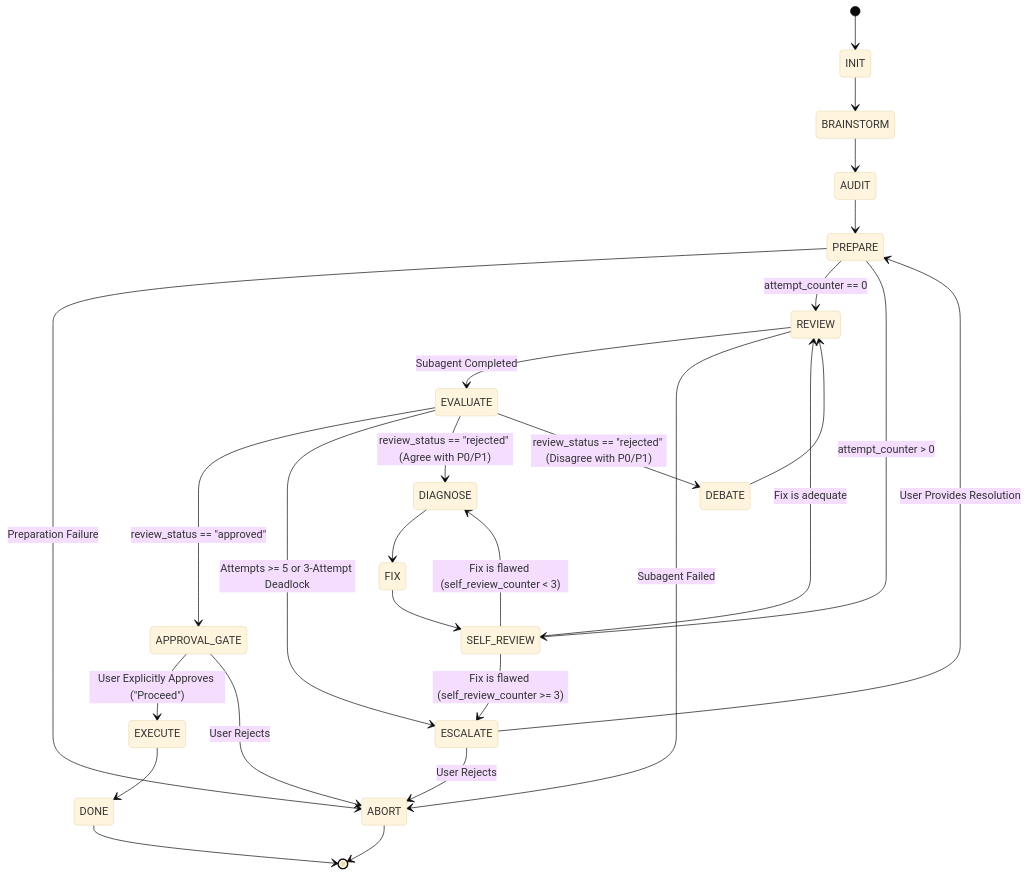
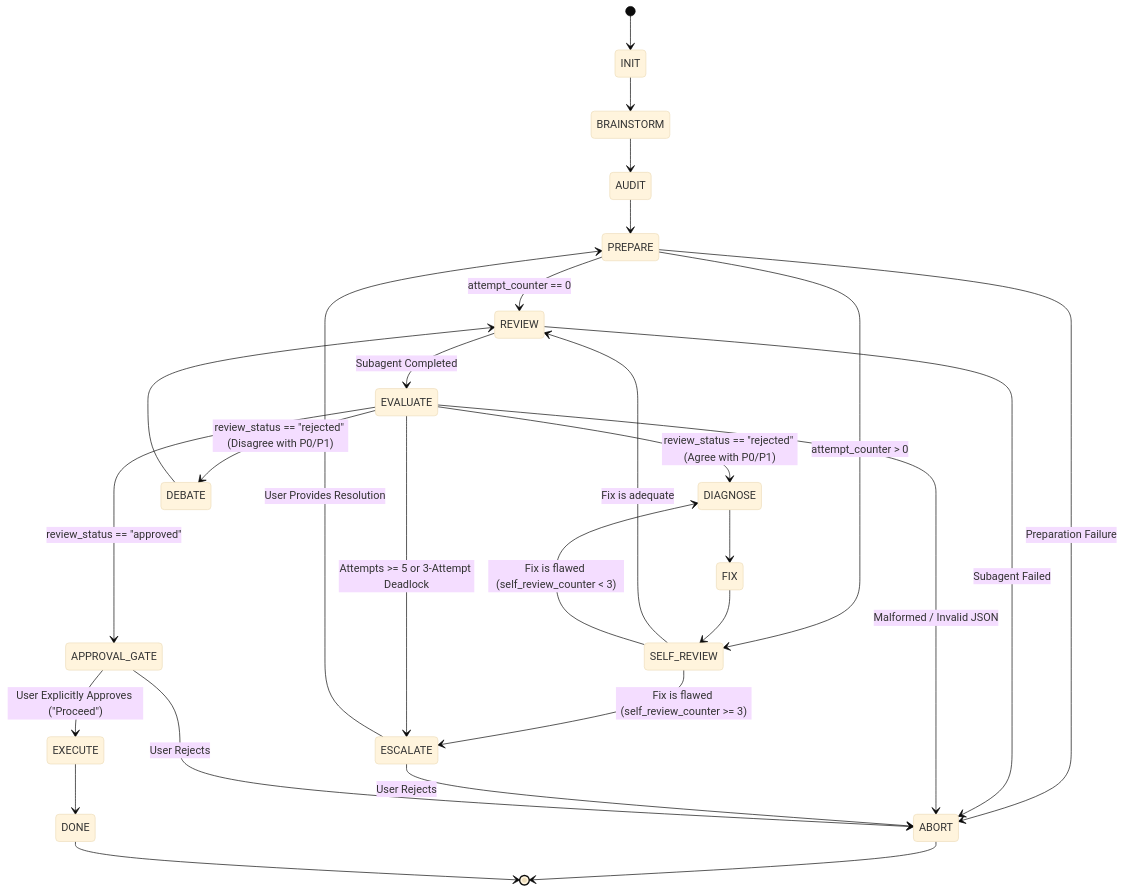
Before and after one commit to vinhthang/ai-review-plugin: the diagram in skills/plan-review/SKILL.md, drawn with Mermaid (base theme). The commit also changed other lines of this file and 5 other files, not shown here.

````diff
--- a/skills/plan-review/SKILL.md
+++ b/skills/plan-review/SKILL.md
@@ -7,29 +7,30 @@
 ```mermaid
 stateDiagram-v2
     [*] --> INIT
     INIT --> BRAINSTORM
     BRAINSTORM --> AUDIT
     AUDIT --> PREPARE
     PREPARE --> ABORT : Preparation Failure
     PREPARE --> REVIEW : attempt_counter == 0
     PREPARE --> SELF_REVIEW : attempt_counter > 0
     SELF_REVIEW --> REVIEW : Fix is adequate
     SELF_REVIEW --> DIAGNOSE : Fix is flawed (self_review_counter < 3)
     SELF_REVIEW --> ESCALATE : Fix is flawed (self_review_counter >= 3)
     REVIEW --> EVALUATE : Subagent Completed
     REVIEW --> ABORT : Subagent Failed
     EVALUATE --> APPROVAL_GATE : review_status == "approved"
     EVALUATE --> ESCALATE : Attempts >= 5 or 3-Attempt Deadlock
     EVALUATE --> DIAGNOSE : review_status == "rejected" (Agree with P0/P1)
     EVALUATE --> DEBATE : review_status == "rejected" (Disagree with P0/P1)
+    EVALUATE --> ABORT : Malformed / Invalid JSON
     DIAGNOSE --> FIX
     FIX --> SELF_REVIEW
     DEBATE --> REVIEW
     ESCALATE --> PREPARE : User Provides Resolution
     ESCALATE --> ABORT : User Rejects
     APPROVAL_GATE --> EXECUTE : User Explicitly Approves ("Proceed")
     APPROVAL_GATE --> ABORT : User Rejects
     EXECUTE --> DONE
     ABORT --> [*]
     DONE --> [*]
 ```
````
